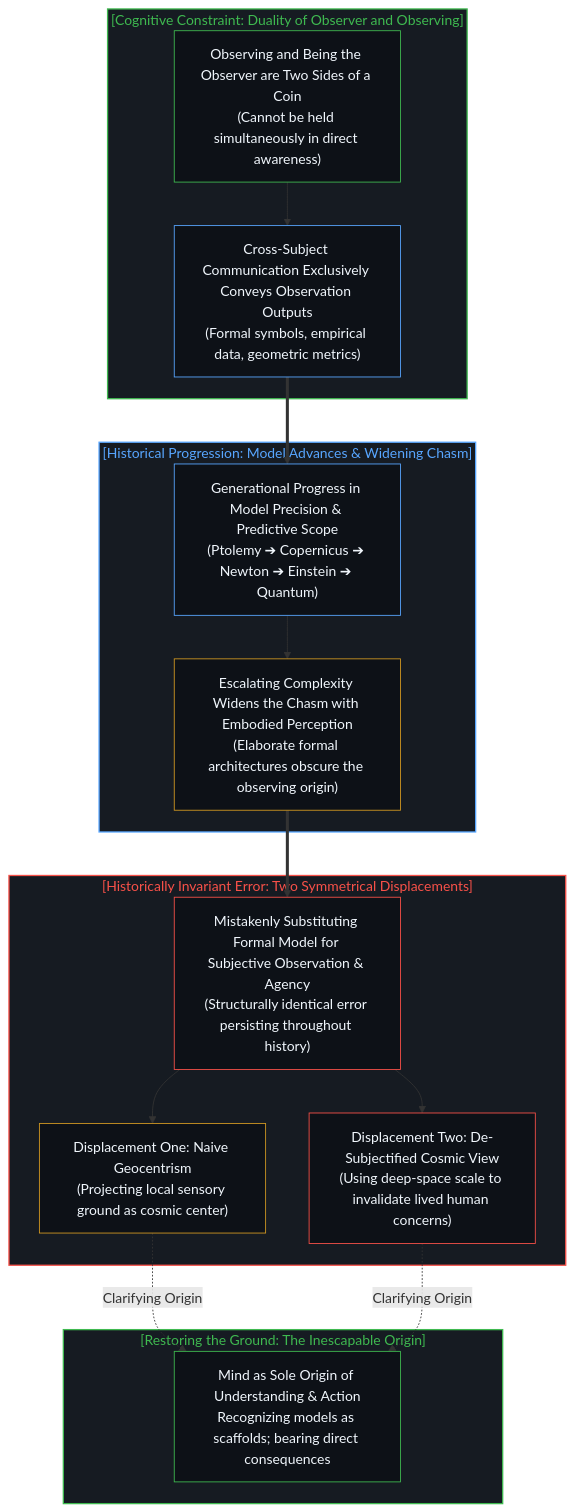
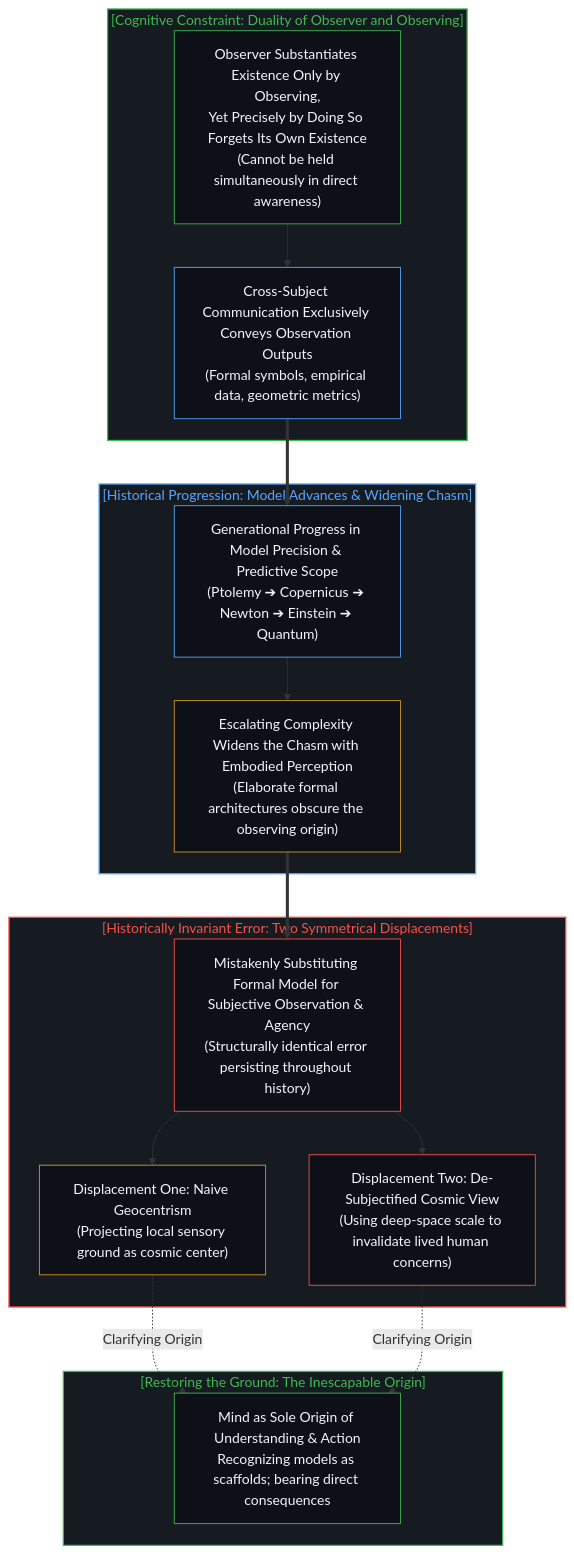
Before and after one commit to powerpig99/not-a-toe: the sixth of 8 diagrams in content/posts/one-cannot-escape-ones-own-mind.md, drawn with Mermaid. The commit also changed other lines of this file and 2 other files, not shown here.

Commit message:
Refine Post #332: Incorporate observer manifestation paradox into Section 3 and Diagram 3

````diff
--- a/content/posts/one-cannot-escape-ones-own-mind.md
+++ b/content/posts/one-cannot-escape-ones-own-mind.md
@@ -244,44 +244,44 @@
 ```mermaid
 flowchart TD
     subgraph S_CognitiveConstraint_EN ["[Cognitive Constraint: Duality of Observer and Observing]"]
-        DE1["Observing and Being the Observer are Two Sides of a Coin<br/>(Cannot be held simultaneously in direct awareness)"]
+        DE1["Observer Substantiates Existence Only by Observing,<br/>Yet Precisely by Doing So Forgets Its Own Existence<br/>(Cannot be held simultaneously in direct awareness)"]
         DE2["Cross-Subject Communication Exclusively Conveys Observation Outputs<br/>(Formal symbols, empirical data, geometric metrics)"]
         DE1 --> DE2
     end
 
     subgraph S_HistoricalProgress_EN ["[Historical Progression: Model Advances & Widening Chasm]"]
         PE1["Generational Progress in Model Precision & Predictive Scope<br/>(Ptolemy ➔ Copernicus ➔ Newton ➔ Einstein ➔ Quantum)"]
         PE2["Escalating Complexity Widens the Chasm with Embodied Perception<br/>(Elaborate formal architectures obscure the observing origin)"]
         PE1 --> PE2
     end
 
     subgraph S_InvariantError_EN ["[Historically Invariant Error: Two Symmetrical Displacements]"]
         EE1["Mistakenly Substituting Formal Model for Subjective Observation & Agency<br/>(Structurally identical error persisting throughout history)"]
         TE1["Displacement One: Naive Geocentrism<br/>(Projecting local sensory ground as cosmic center)"]
         TE2["Displacement Two: De-Subjectified Cosmic View<br/>(Using deep-space scale to invalidate lived human concerns)"]
         EE1 --> TE1
         EE1 --> TE2
     end
 
     subgraph S_SovereignReturn_EN ["[Restoring the Ground: The Inescapable Origin]"]
         SRE1["Mind as Sole Origin of Understanding & Action<br/>Recognizing models as scaffolds; bearing direct consequences"]
     end
 
     DE2 ==> PE1
     PE2 ==> EE1
     TE1 -.->|"Clarifying Origin"| SRE1
     TE2 -.->|"Clarifying Origin"| SRE1
 
     style S_CognitiveConstraint_EN fill:#161b22,stroke:#3fb950,stroke-width:1.5px,color:#3fb950
     style S_HistoricalProgress_EN fill:#161b22,stroke:#58a6ff,stroke-width:1.5px,color:#58a6ff
     style S_InvariantError_EN fill:#161b22,stroke:#f85149,stroke-width:1.5px,color:#f85149
     style S_SovereignReturn_EN fill:#161b22,stroke:#3fb950,stroke-width:1.5px,color:#3fb950
     style DE1 fill:#0d1117,stroke:#3fb950,stroke-width:1px,color:#f0f6fc
     style DE2 fill:#0d1117,stroke:#58a6ff,stroke-width:1px,color:#f0f6fc
     style PE1 fill:#0d1117,stroke:#58a6ff,stroke-width:1px,color:#f0f6fc
     style PE2 fill:#0d1117,stroke:#d29922,stroke-width:1px,color:#f0f6fc
     style EE1 fill:#0d1117,stroke:#f85149,stroke-width:1px,color:#f0f6fc
     style TE1 fill:#0d1117,stroke:#d29922,stroke-width:1px,color:#f0f6fc
     style TE2 fill:#0d1117,stroke:#f85149,stroke-width:1px,color:#f0f6fc
     style SRE1 fill:#0d1117,stroke:#3fb950,stroke-width:1px,color:#f0f6fc
 ```
````
